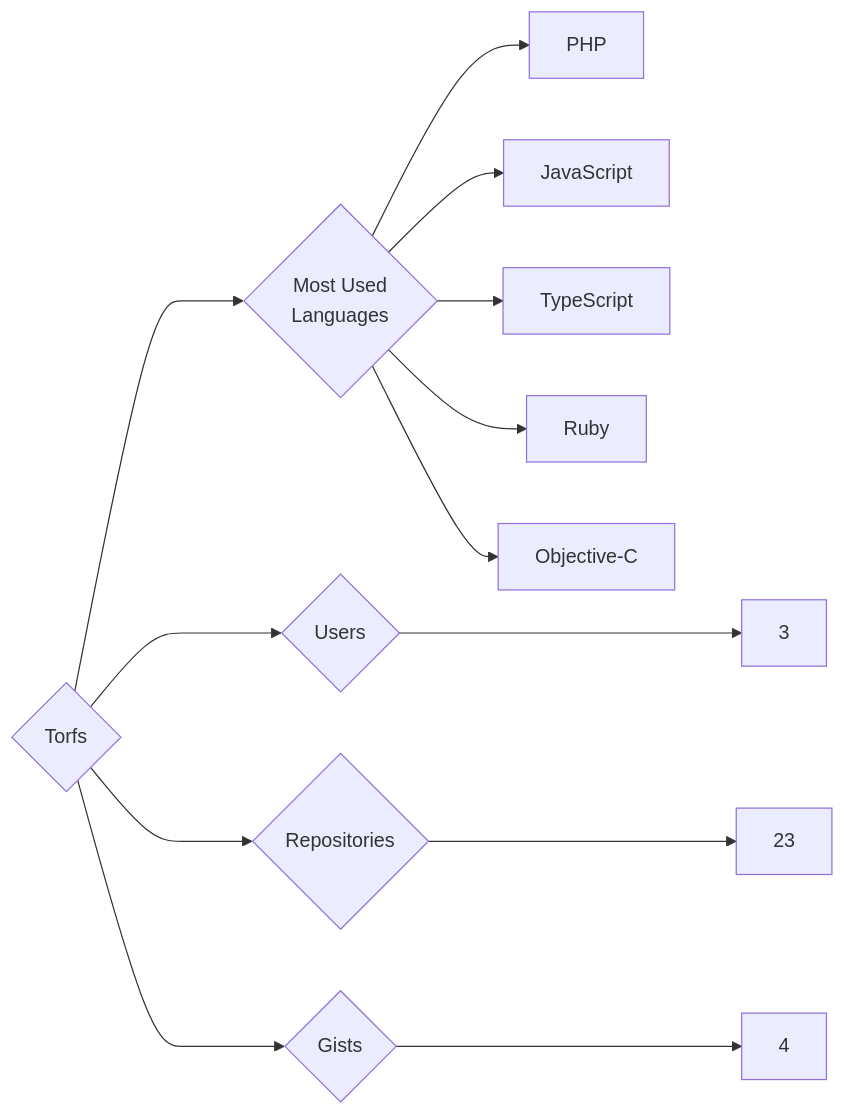
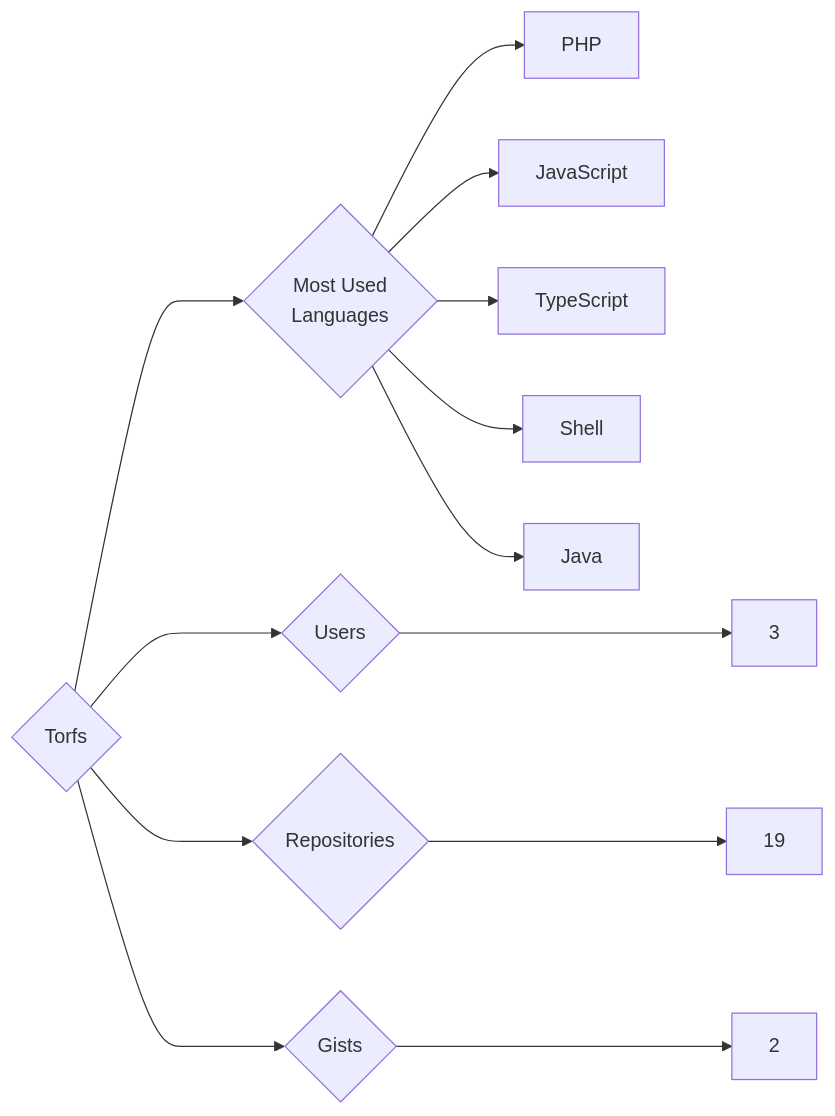
One commit to trickest/insiders changed the diagram in targets/Torfs/README.md. Above: the diagram before and after it, drawn with Mermaid. The commit also changed 1479 other files, not shown here.

````diff
--- a/targets/Torfs/README.md
+++ b/targets/Torfs/README.md
@@ -3,13 +3,13 @@
 ```mermaid
 graph LR
 COMPANY_NAME{Torfs}
 COMPANY_NAME ---> U{Users} ---> UN[3]
-COMPANY_NAME ---> R{Repositories} ---> RN[23]
-COMPANY_NAME ---> G{Gists} ---> GN[4]
+COMPANY_NAME ---> R{Repositories} ---> RN[19]
+COMPANY_NAME ---> G{Gists} ---> GN[2]
 COMPANY_NAME ---> ML{Most Used<br>Languages}
 ML --> PHP[PHP]
 ML --> JavaScript[JavaScript]
 ML --> TypeScript[TypeScript]
-ML --> Ruby[Ruby]
-ML --> Objective-C[Objective-C]
+ML --> Shell[Shell]
+ML --> Java[Java]
 ```
````
